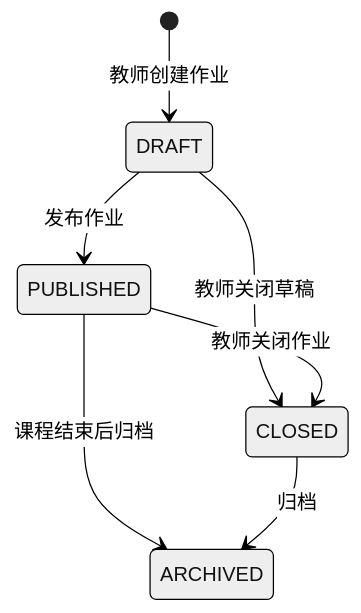
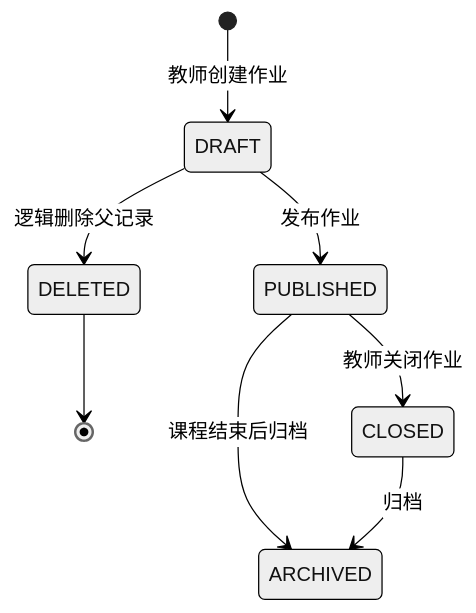
The second of 7 diagrams in docs/过程/概要/作业与自动评测模块概要设计提交稿（hwk）.md (Cr4zyorange/OnlineJudge), drawn with Mermaid (neutral theme) before and after one commit. The commit also changed other lines of this file and 17 other files, not shown here.

````diff
--- a/docs/过程/概要/作业与自动评测模块概要设计提交稿（hwk）.md
+++ b/docs/过程/概要/作业与自动评测模块概要设计提交稿（hwk）.md
@@ -382,9 +392,10 @@
 ```mermaid
 stateDiagram-v2
     [*] --> DRAFT: 教师创建作业
+    DRAFT --> DELETED: 逻辑删除父记录
+    DELETED --> [*]
     DRAFT --> PUBLISHED: 发布作业
-    DRAFT --> CLOSED: 教师关闭草稿
     PUBLISHED --> CLOSED: 教师关闭作业
     PUBLISHED --> ARCHIVED: 课程结束后归档
     CLOSED --> ARCHIVED: 归档
 ```
````
